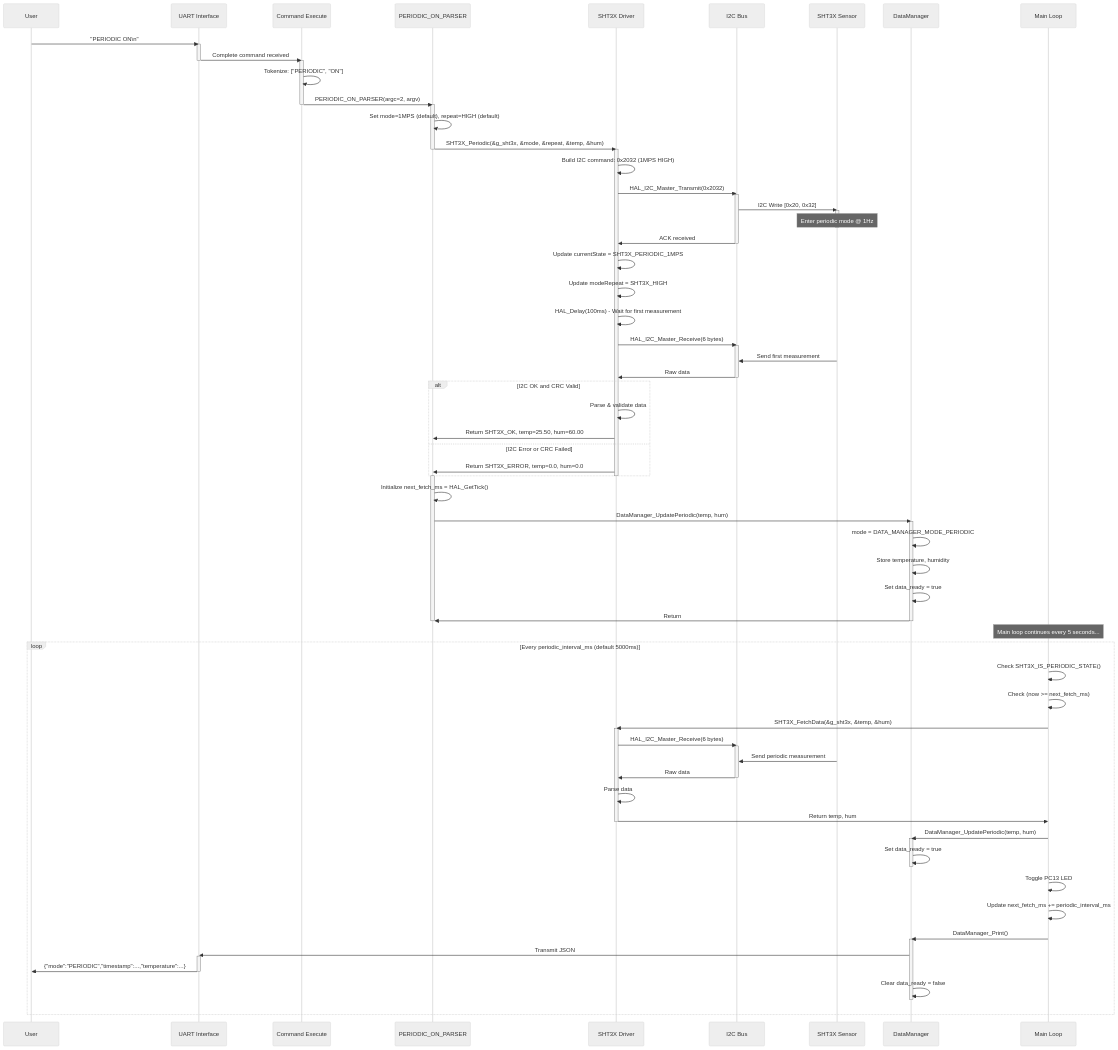
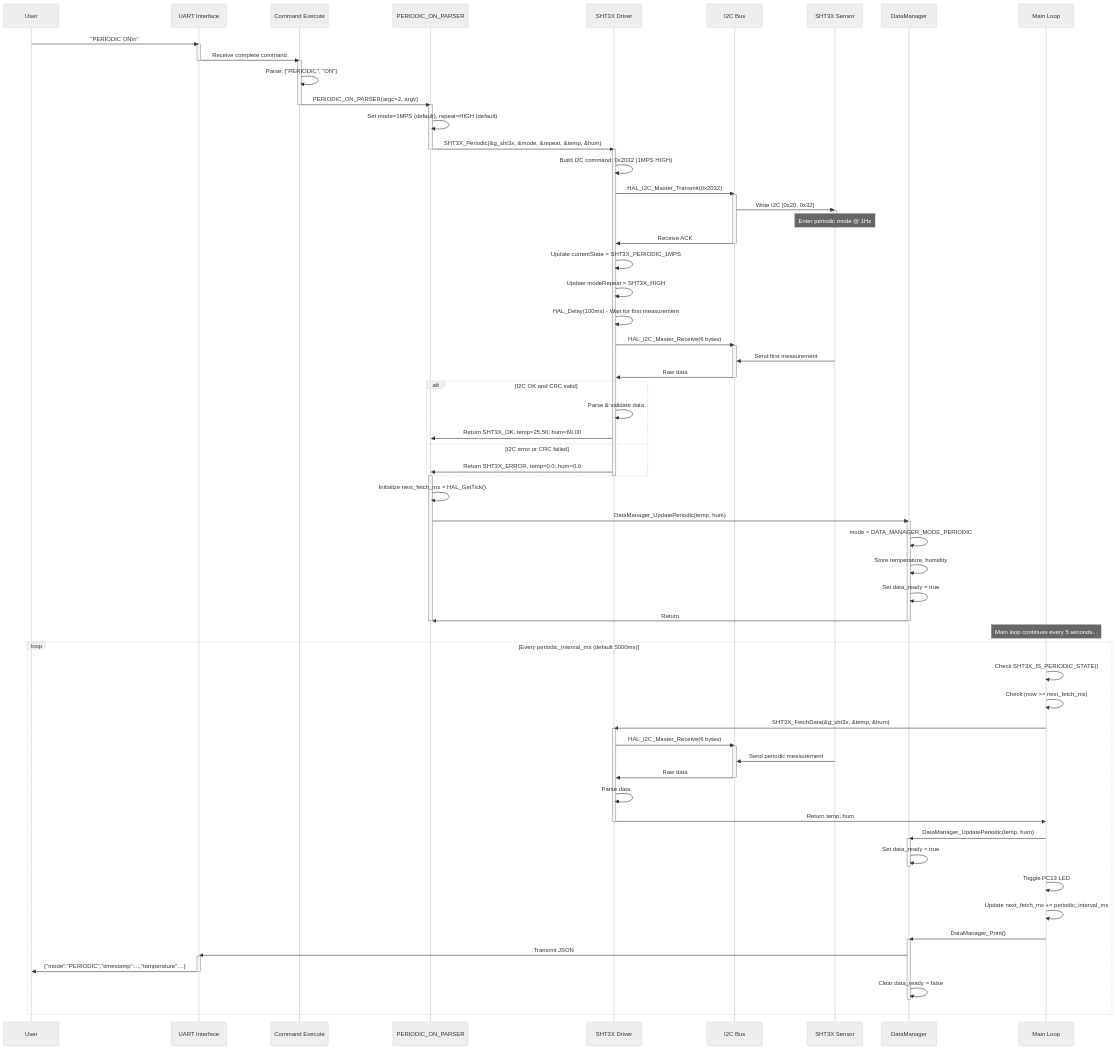
The second of 8 diagrams in documents/stm32/SEQUENCE_DIAGRAM_STM32.md (meeTeam05/datalogger), drawn with Mermaid (neutral theme) before and after one commit. The commit also changed other lines of this file, not shown here.

Commit message:
fix(docs): update sequence diagram content and formatting for clarity in SEQUENCE_DIAGRAM_STM32.md

````diff
--- a/documents/stm32/SEQUENCE_DIAGRAM_STM32.md
+++ b/documents/stm32/SEQUENCE_DIAGRAM_STM32.md
@@ -107,6 +107,6 @@
 ```mermaid
 sequenceDiagram
-    participant User
+    participant User as User
     participant UART as UART Interface
     participant CmdExec as Command Execute
     participant Parser as PERIODIC_ON_PARSER
@@ -115,51 +115,51 @@
     participant Sensor as SHT3X Sensor
     participant DM as DataManager
     participant MainLoop as Main Loop
-    
+
     User->>UART: "PERIODIC ON\n"
     activate UART
-    UART->>CmdExec: Complete command received
+    UART->>CmdExec: Receive complete command
     deactivate UART
-    
+
     activate CmdExec
-    CmdExec->>CmdExec: Tokenize: ["PERIODIC", "ON"]
+    CmdExec->>CmdExec: Parse: ["PERIODIC", "ON"]
     CmdExec->>Parser: PERIODIC_ON_PARSER(argc=2, argv)
     deactivate CmdExec
-    
+
     activate Parser
     Parser->>Parser: Set mode=1MPS (default), repeat=HIGH (default)
     Parser->>Driver: SHT3X_Periodic(&g_sht3x, &mode, &repeat, &temp, &hum)
     deactivate Parser
-    
+
     activate Driver
     Driver->>Driver: Build I2C command: 0x2032 (1MPS HIGH)
     Driver->>I2C: HAL_I2C_Master_Transmit(0x2032)
     activate I2C
-    I2C->>Sensor: I2C Write [0x20, 0x32]
+    I2C->>Sensor: Write I2C [0x20, 0x32]
     activate Sensor
     Note over Sensor: Enter periodic mode @ 1Hz
     deactivate Sensor
-    I2C->>Driver: ACK received
+    I2C->>Driver: Receive ACK
     deactivate I2C
-    
+
     Driver->>Driver: Update currentState = SHT3X_PERIODIC_1MPS
     Driver->>Driver: Update modeRepeat = SHT3X_HIGH
     Driver->>Driver: HAL_Delay(100ms) - Wait for first measurement
-    
+
     Driver->>I2C: HAL_I2C_Master_Receive(6 bytes)
     activate I2C
     Sensor->>I2C: Send first measurement
     I2C->>Driver: Raw data
     deactivate I2C
-    
-    alt I2C OK and CRC Valid
+
+    alt I2C OK and CRC valid
         Driver->>Driver: Parse & validate data
         Driver->>Parser: Return SHT3X_OK, temp=25.50, hum=60.00
-    else I2C Error or CRC Failed
+    else I2C error or CRC failed
         Driver->>Parser: Return SHT3X_ERROR, temp=0.0, hum=0.0
     end
     deactivate Driver
-    
+
     activate Parser
     Parser->>Parser: Initialize next_fetch_ms = HAL_GetTick()
     Parser->>DM: DataManager_UpdatePeriodic(temp, hum)
@@ -170,9 +170,9 @@
     DM->>Parser: Return
     deactivate DM
     deactivate Parser
-    
+
     Note over MainLoop: Main loop continues every 5 seconds...
-    
+
     loop Every periodic_interval_ms (default 5000ms)
         MainLoop->>MainLoop: Check SHT3X_IS_PERIODIC_STATE()
         MainLoop->>MainLoop: Check (now >= next_fetch_ms)
@@ -186,15 +186,15 @@
         Driver->>Driver: Parse data
         Driver->>MainLoop: Return temp, hum
         deactivate Driver
-        
+
         MainLoop->>DM: DataManager_UpdatePeriodic(temp, hum)
         activate DM
         DM->>DM: Set data_ready = true
         deactivate DM
-        
+
         MainLoop->>MainLoop: Toggle PC13 LED
         MainLoop->>MainLoop: Update next_fetch_ms += periodic_interval_ms
-        
+
         MainLoop->>DM: DataManager_Print()
         activate DM
         DM->>UART: Transmit JSON
````
